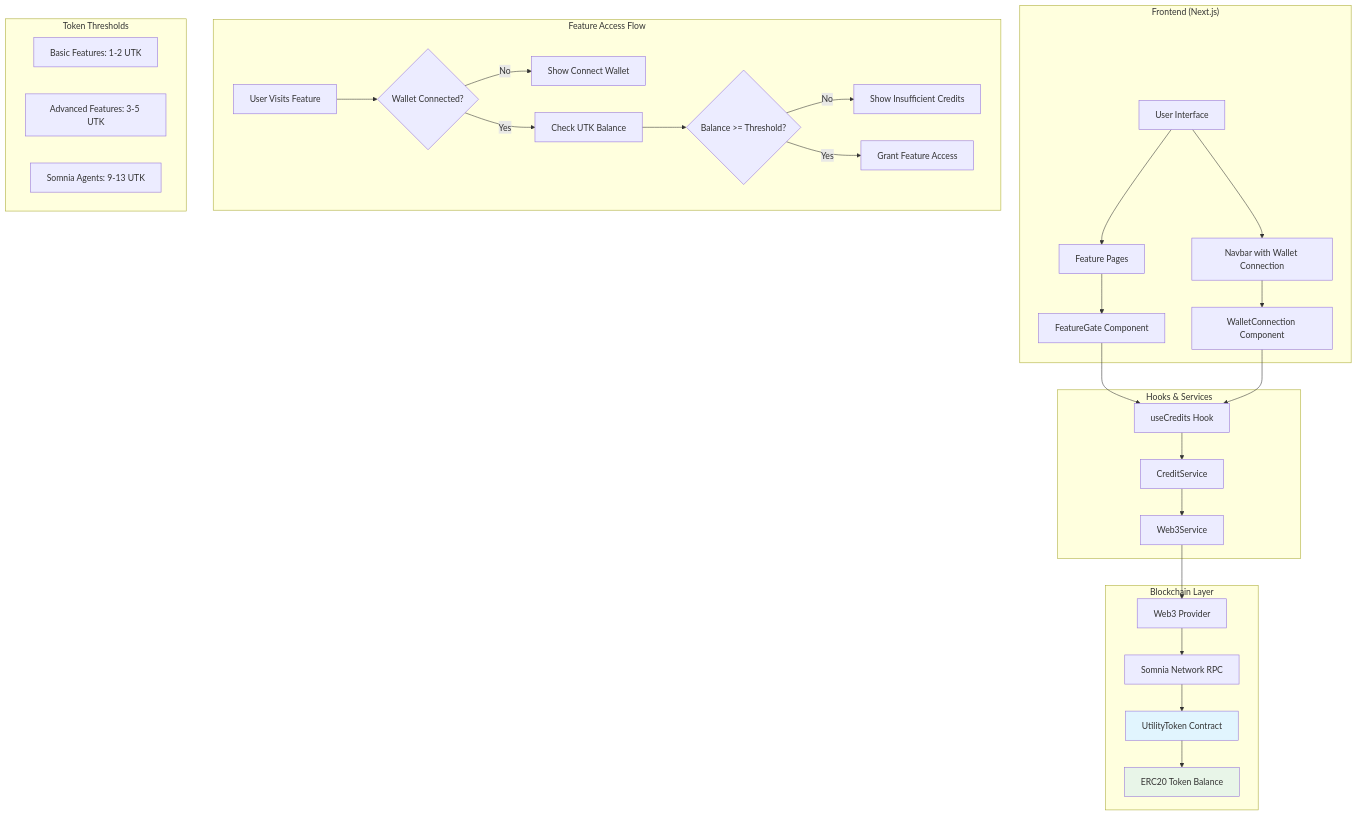
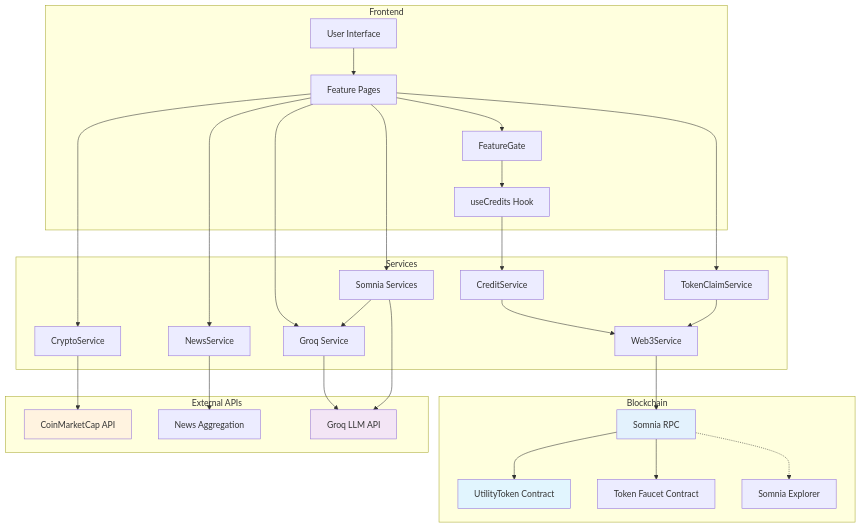
Before and after one commit to Ujjwal-sinha/SageAi-: the first of 10 diagrams in README.md, drawn with Mermaid.

Commit message:
added somnia

````diff
--- a/README.md
+++ b/README.md
@@ -124,41 +124,39 @@
 ```mermaid
 graph TB
-    subgraph "Frontend (Next.js)"
-        A[User Interface] --> B[Navbar with Wallet Connection]
-        A --> C[Feature Pages]
-        C --> D[FeatureGate Component]
-        B --> E[WalletConnection Component]
+    subgraph "Frontend"
+        A[User Interface] --> B[Feature Pages]
+        B --> C[FeatureGate]
+        C --> D[useCredits Hook]
     end
     
-    subgraph "Hooks & Services"
-        D --> F[useCredits Hook]
-        E --> F
-        F --> G[CreditService]
-        G --> H[Web3Service]
+    subgraph "Services"
+        D --> E[CreditService]
+        E --> F[Web3Service]
+        B --> G1[CryptoService]
+        B --> G2[NewsService]
+        B --> G3[Groq Service]
+        B --> G4[Somnia Services]
+        B --> G5[TokenClaimService]
+        G4 --> G3
     end
     
-    subgraph "Blockchain Layer"
-        H --> I[Web3 Provider]
-        I --> J[Somnia Network RPC]
-        J --> K[UtilityToken Contract]
-        K --> L[ERC20 Token Balance]
+    subgraph "Blockchain"
+        F --> H[Somnia RPC]
+        H --> I[UtilityToken Contract]
+        H --> J[Token Faucet Contract]
+        G5 --> F
+        H -.-> K[Somnia Explorer]
     end
     
-    subgraph "Feature Access Flow"
-        M[User Visits Feature] --> N{Wallet Connected?}
-        N -->|No| O[Show Connect Wallet]
-        N -->|Yes| P[Check UTK Balance]
-        P --> Q{Balance >= Threshold?}
-        Q -->|No| R[Show Insufficient Credits]
-        Q -->|Yes| S[Grant Feature Access]
+    subgraph "External APIs"
+        G1 --> L1[CoinMarketCap API]
+        G2 --> L2[News Aggregation]
+        G3 --> L3[Groq LLM API]
+        G4 --> L3
     end
     
-    subgraph "Token Thresholds"
-        T[Basic Features: 1-2 UTK]
-        U[Advanced Features: 3-5 UTK]
-        V[Somnia Agents: 9-13 UTK]
-    end
-    
-    style K fill:#e1f5fe
-    style L fill:#e8f5e8
+    style I fill:#e1f5fe
+    style L1 fill:#fff3e0
+    style L3 fill:#f3e5f5
+    style H fill:#e3f2fd
 ```
````
